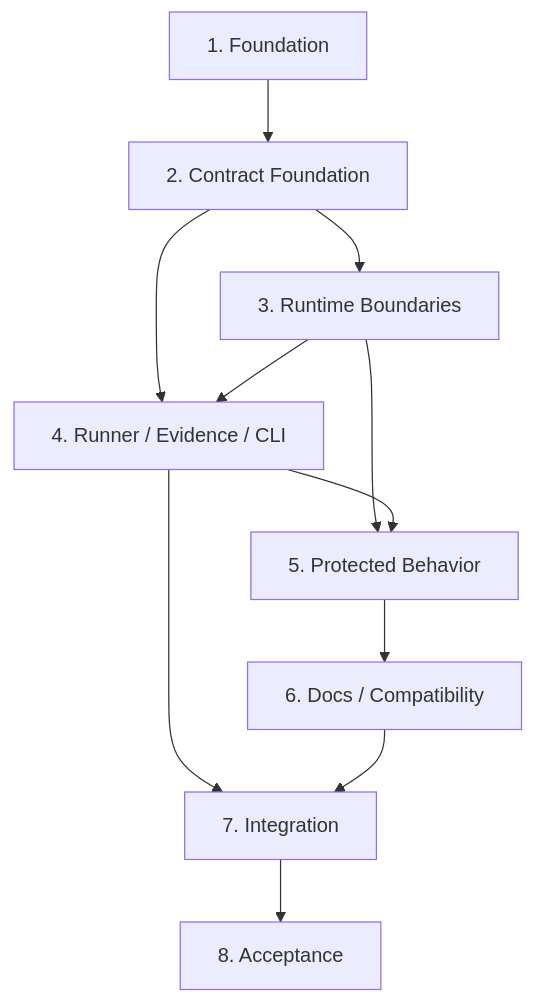
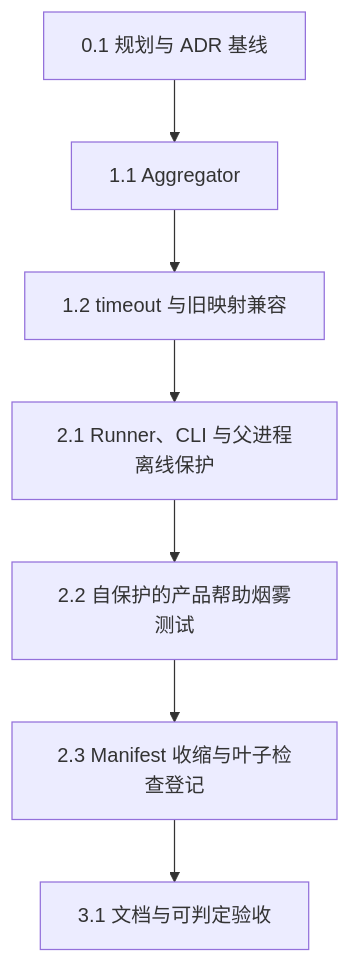
Before and after one commit to sss-y/LocalPilot: the diagram in plan/p0-verifiable-engineering-baseline-implementation-plan.md, drawn with Mermaid. The commit also changed other lines of this file and 4 other files, not shown here.

````diff
--- a/plan/p0-verifiable-engineering-baseline-implementation-plan.md
+++ b/plan/p0-verifiable-engineering-baseline-implementation-plan.md
@@ -117,13 +65,9 @@
 ```mermaid
 flowchart TD
-    F[1. Foundation] --> C[2. Contract Foundation]
-    C --> R[3. Runtime Boundaries]
-    C --> O[4. Runner / Evidence / CLI]
-    R --> O
-    R --> B[5. Protected Behavior]
-    O --> B
-    B --> D[6. Docs / Compatibility]
-    O --> I[7. Integration]
-    D --> I
-    I --> A[8. Acceptance]
+    A["0.1 规划与 ADR 基线"] --> B["1.1 Aggregator"]
+    B --> C["1.2 timeout 与旧映射兼容"]
+    C --> D["2.1 Runner、CLI 与父进程离线保护"]
+    D --> E["2.2 自保护的产品帮助烟雾测试"]
+    E --> F["2.3 Manifest 收缩与叶子检查登记"]
+    F --> G["3.1 文档与可判定验收"]
 ```
````
